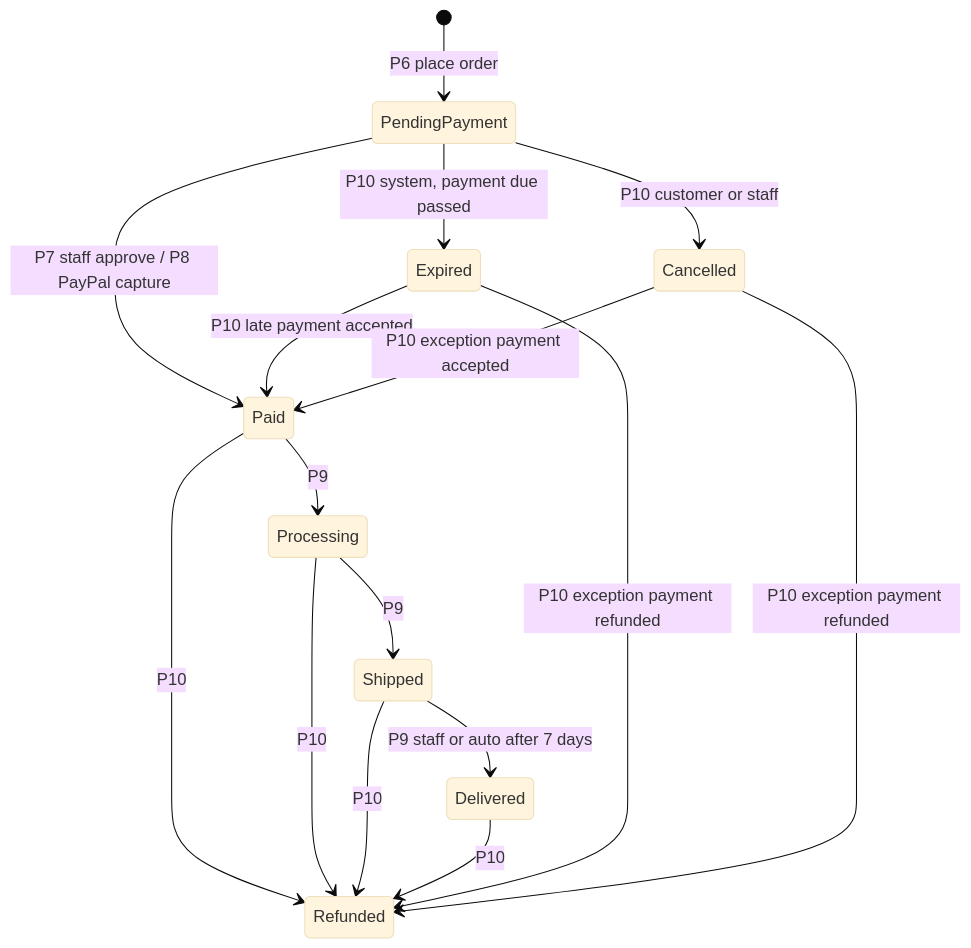
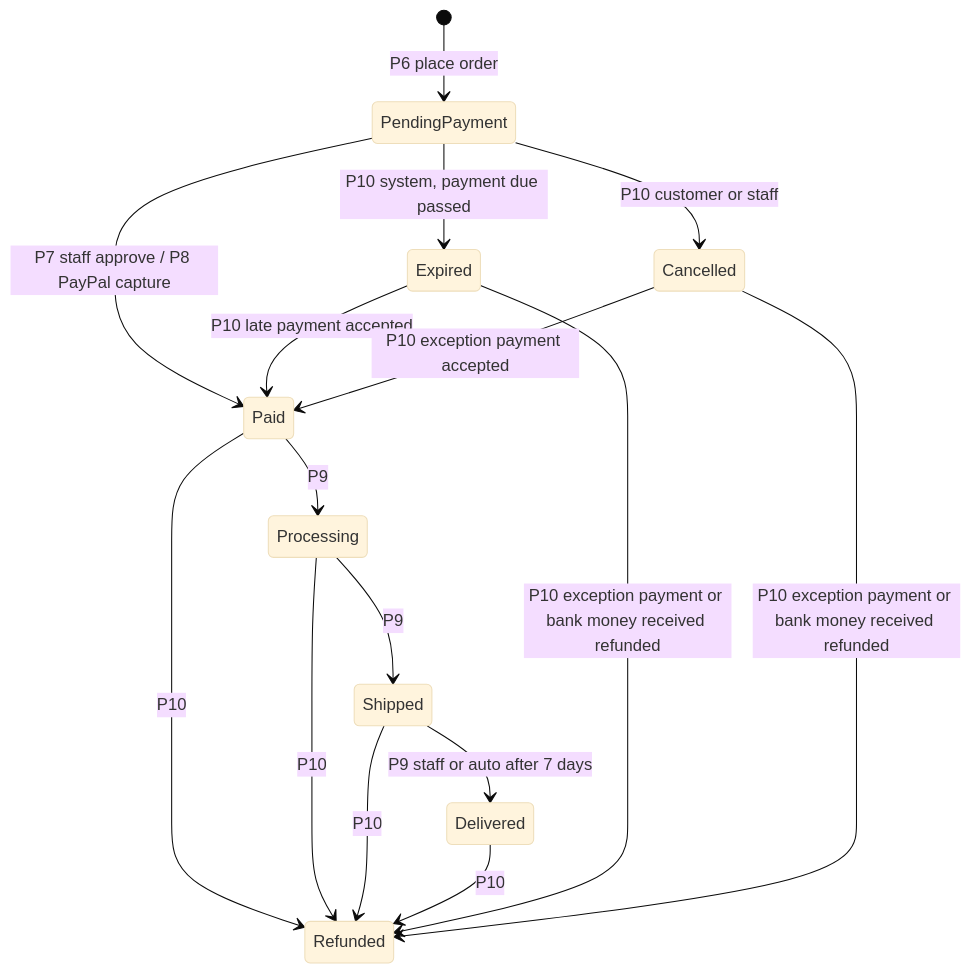
Before and after one commit to MASACHITH/spencer-denim-ecommerce: the second of 9 diagrams in docs/11-business-processes.md, drawn with Mermaid (base theme). The commit also changed other lines of this file, not shown here.

````diff
--- a/docs/11-business-processes.md
+++ b/docs/11-business-processes.md
@@ -158,18 +158,18 @@
 ```mermaid
 stateDiagram-v2
   [*] --> PendingPayment : P6 place order
   PendingPayment --> Paid : P7 staff approve / P8 PayPal capture
   PendingPayment --> Expired : P10 system, payment due passed
   PendingPayment --> Cancelled : P10 customer or staff
   Expired --> Paid : P10 late payment accepted
   Cancelled --> Paid : P10 exception payment accepted
   Paid --> Processing : P9
   Processing --> Shipped : P9
   Shipped --> Delivered : P9 staff or auto after 7 days
   Paid --> Refunded : P10
   Processing --> Refunded : P10
   Shipped --> Refunded : P10
   Delivered --> Refunded : P10
-  Expired --> Refunded : P10 exception payment refunded
-  Cancelled --> Refunded : P10 exception payment refunded
+  Expired --> Refunded : P10 exception payment or bank money received refunded
+  Cancelled --> Refunded : P10 exception payment or bank money received refunded
 ```
````
